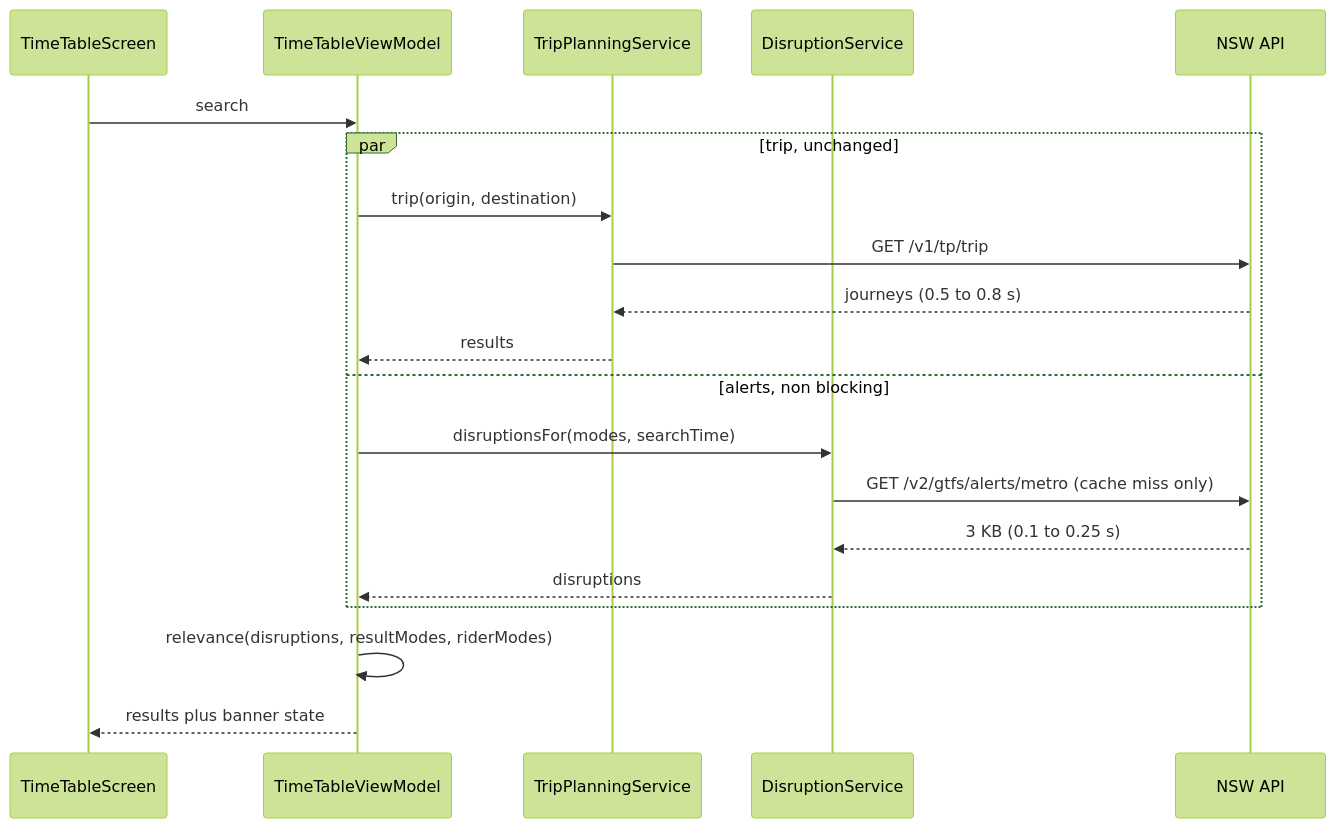
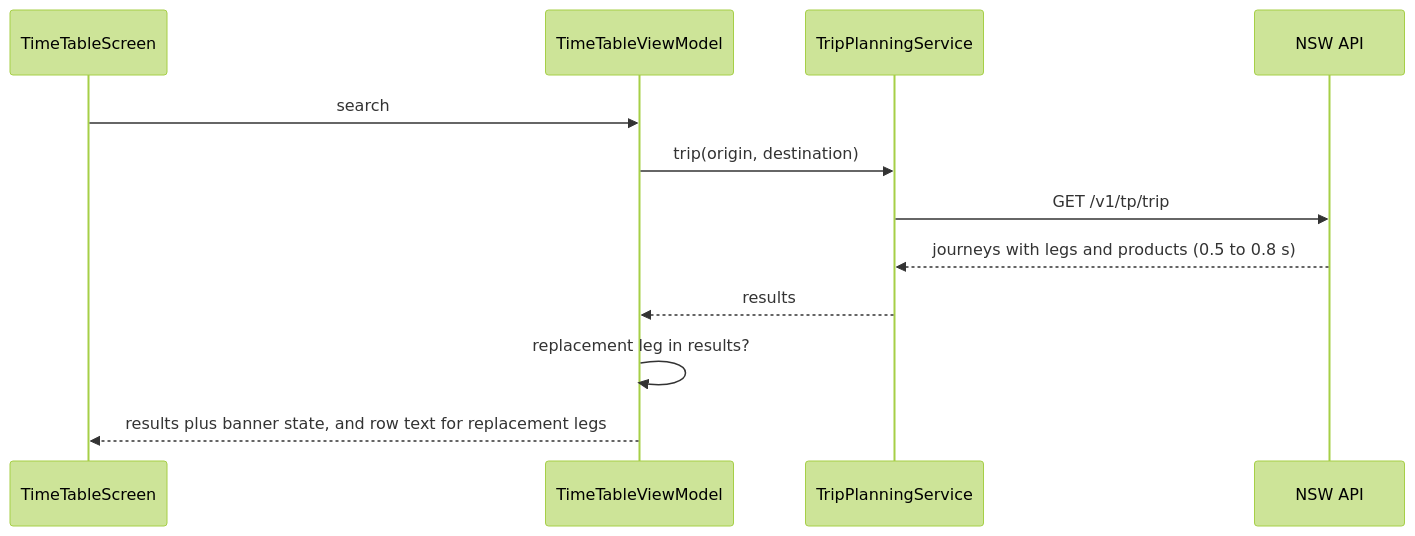
The second of 2 diagrams in docs/features/service-disruptions/ERD.md (ksharma-xyz/KRAIL), drawn with Mermaid (forest theme) before and after one commit. The commit also changed other lines of this file, not shown here.

First line of the commit message:
docs(service-disruptions): ERD version 2, real API fields only

````diff
--- a/docs/features/service-disruptions/ERD.md
+++ b/docs/features/service-disruptions/ERD.md
@@ -182,22 +143,14 @@
 ```mermaid
 sequenceDiagram
     participant UI as TimeTableScreen
     participant VM as TimeTableViewModel
     participant T as TripPlanningService
-    participant D as DisruptionService
     participant NSW as NSW API
     UI->>VM: search
-    par trip, unchanged
-        VM->>T: trip(origin, destination)
-        T->>NSW: GET /v1/tp/trip
-        NSW-->>T: journeys (0.5 to 0.8 s)
-        T-->>VM: results
-    and alerts, non blocking
-        VM->>D: disruptionsFor(modes, searchTime)
-        D->>NSW: GET /v2/gtfs/alerts/metro (cache miss only)
-        NSW-->>D: 3 KB (0.1 to 0.25 s)
-        D-->>VM: disruptions
-    end
-    VM->>VM: relevance(disruptions, resultModes, riderModes)
-    VM-->>UI: results plus banner state
+    VM->>T: trip(origin, destination)
+    T->>NSW: GET /v1/tp/trip
+    NSW-->>T: journeys with legs and products (0.5 to 0.8 s)
+    T-->>VM: results
+    VM->>VM: replacement leg in results?
+    VM-->>UI: results plus banner state, and row text for replacement legs
 ```
````
